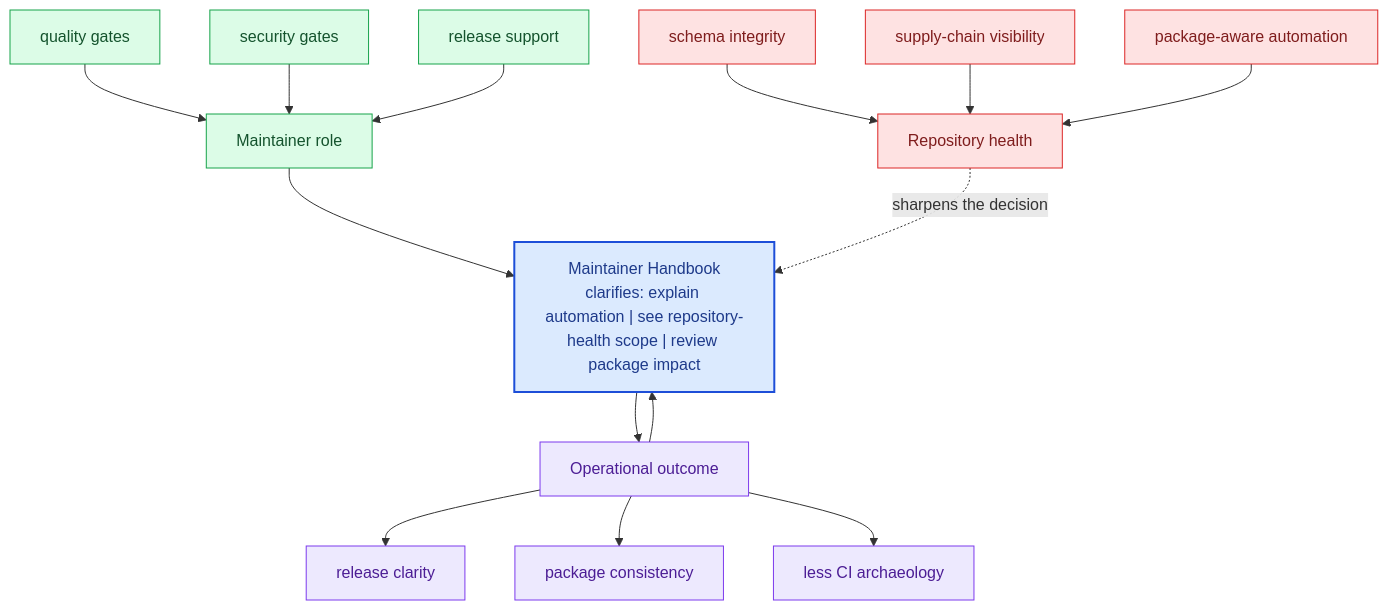
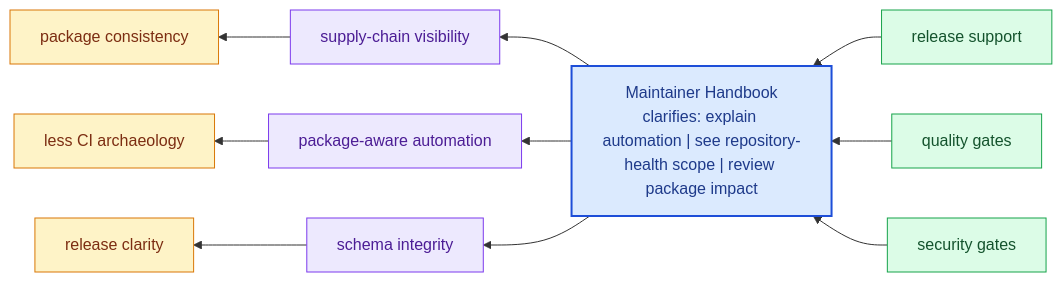
The diagram in docs/bijux-canon-dev/index.md (bijux/bijux-canon), drawn with Mermaid before and after one commit. The commit also changed other lines of this file and 281 other files, not shown here.

Commit message:
docs(diagrams): replace repeated mermaid scaffolds with page-specific summaries

````diff
--- a/docs/bijux-canon-dev/index.md
+++ b/docs/bijux-canon-dev/index.md
@@ -69,40 +24,31 @@
 ```mermaid
-flowchart TB
-    promise["Maintainer Handbook<br/>clarifies: explain automation | see repository-health scope | review package impact"]
-    classDef promise fill:#dbeafe,stroke:#1d4ed8,color:#1e3a8a,stroke-width:2px;
-    classDef driver fill:#dcfce7,stroke:#16a34a,color:#14532d;
-    classDef constraint fill:#fee2e2,stroke:#dc2626,color:#7f1d1d;
-    classDef ground fill:#ede9fe,stroke:#7c3aed,color:#4c1d95;
-    focus1["Maintainer role"]
-    focus1 --> promise
-    focus1_1["quality gates"]
-    focus1_1 --> focus1
-    focus1_2["security gates"]
-    focus1_2 --> focus1
-    focus1_3["release support"]
-    focus1_3 --> focus1
-    class focus1 driver;
-    class focus1_1,focus1_2,focus1_3 driver;
-    focus2["Repository health"]
-    focus2 -.sharpens the decision.-> promise
-    focus2_1["schema integrity"]
-    focus2_1 --> focus2
-    focus2_2["supply-chain visibility"]
-    focus2_2 --> focus2
-    focus2_3["package-aware automation"]
-    focus2_3 --> focus2
-    class focus2 constraint;
-    class focus2_1,focus2_2,focus2_3 constraint;
-    focus3["Operational outcome"]
-    focus3 --> promise
-    promise --> focus3
-    focus3_1["release clarity"]
-    focus3 --> focus3_1
-    focus3_2["package consistency"]
-    focus3 --> focus3_2
-    focus3_3["less CI archaeology"]
-    focus3 --> focus3_3
-    class focus3 ground;
-    class focus3_1,focus3_2,focus3_3 ground;
-    class promise promise;
+flowchart RL
+    page["Maintainer Handbook<br/>clarifies: explain automation | see repository-health scope | review package impact"]
+    classDef page fill:#dbeafe,stroke:#1d4ed8,color:#1e3a8a,stroke-width:2px;
+    classDef positive fill:#dcfce7,stroke:#16a34a,color:#14532d;
+    classDef caution fill:#fee2e2,stroke:#dc2626,color:#7f1d1d;
+    classDef anchor fill:#ede9fe,stroke:#7c3aed,color:#4c1d95;
+    classDef action fill:#fef3c7,stroke:#d97706,color:#7c2d12;
+    role1["release support"]
+    role1 --> page
+    role2["quality gates"]
+    role2 --> page
+    role3["security gates"]
+    role3 --> page
+    health1["supply-chain visibility"]
+    page --> health1
+    health2["package-aware automation"]
+    page --> health2
+    health3["schema integrity"]
+    page --> health3
+    outcome1["package consistency"]
+    health1 --> outcome1
+    outcome2["less CI archaeology"]
+    health2 --> outcome2
+    outcome3["release clarity"]
+    health3 --> outcome3
+    class page page;
+    class role1,role2,role3 positive;
+    class health1,health2,health3 anchor;
+    class outcome1,outcome2,outcome3 action;
 ```
````
